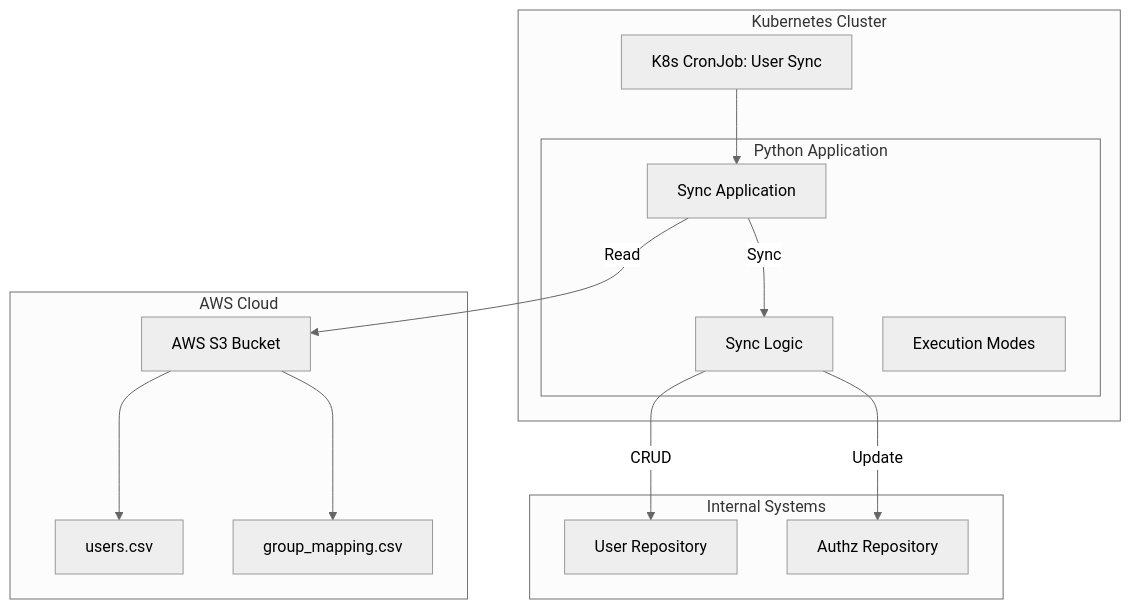
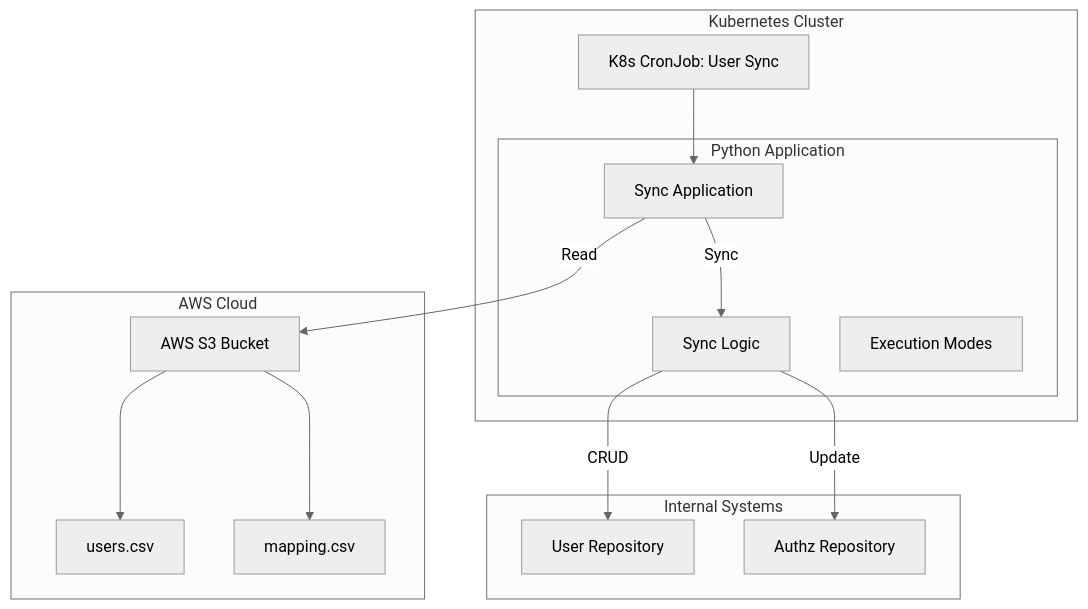
Before and after one commit to kwik-e-mart/aro-sync-users-ad: the first of 2 diagrams in docs/technical_proposal.md, drawn with Mermaid (neutral theme). The commit also changed other lines of this file and 1 other file, not shown here.

````diff
--- a/docs/technical_proposal.md
+++ b/docs/technical_proposal.md
@@ -11,32 +11,32 @@
 ```mermaid
 graph TD
     subgraph AWS Cloud
         S3[AWS S3 Bucket]
         S3_Users[users.csv]
-        S3_Map[group_mapping.csv]
+        S3_Map[mapping.csv]
         S3 --> S3_Users
         S3 --> S3_Map
     end
 
     subgraph Kubernetes Cluster
         Cron[K8s CronJob: User Sync]
         
         subgraph "Python Application"
             App[Sync Application]
             Logic[Sync Logic]
             Modes[Execution Modes]
         end
         
         Cron --> App
     end
 
     subgraph Internal Systems
         UserRepo[User Repository]
         AuthzRepo[Authz Repository]
     end
 
     App -->|Read| S3
     App -->|Sync| Logic
     Logic -->|CRUD| UserRepo
     Logic -->|Update| AuthzRepo
 ```
````
